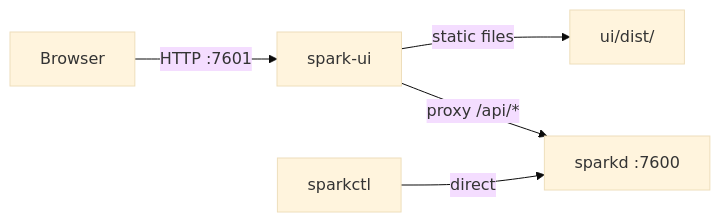
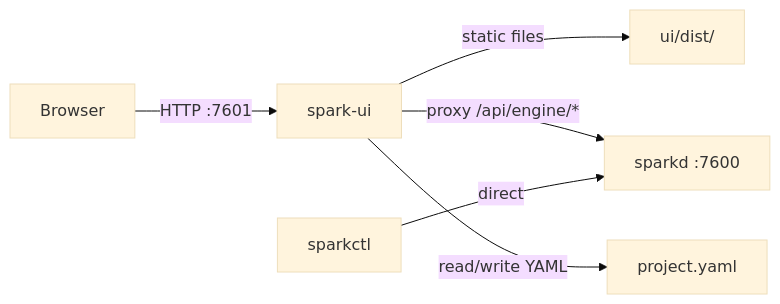
The diagram in specs/plan-spark-ui.md (Lanceliogs/sparkd), drawn with Mermaid (base theme) before and after one commit. The commit also changed other lines of this file and 16 other files, not shown here.

````diff
--- a/specs/plan-spark-ui.md
+++ b/specs/plan-spark-ui.md
@@ -12,7 +13,8 @@
 ```mermaid
 graph LR
     Browser -->|"HTTP :7601"| SparkUI["spark-ui"]
     SparkUI -->|"static files"| Dist["ui/dist/"]
-    SparkUI -->|"proxy /api/*"| SparkD["sparkd :7600"]
+    SparkUI -->|"proxy /api/engine/*"| SparkD["sparkd :7600"]
+    SparkUI -->|"read/write YAML"| ProjectFiles["project.yaml"]
     SparkCtl["sparkctl"] -->|"direct"| SparkD
 ```
````
